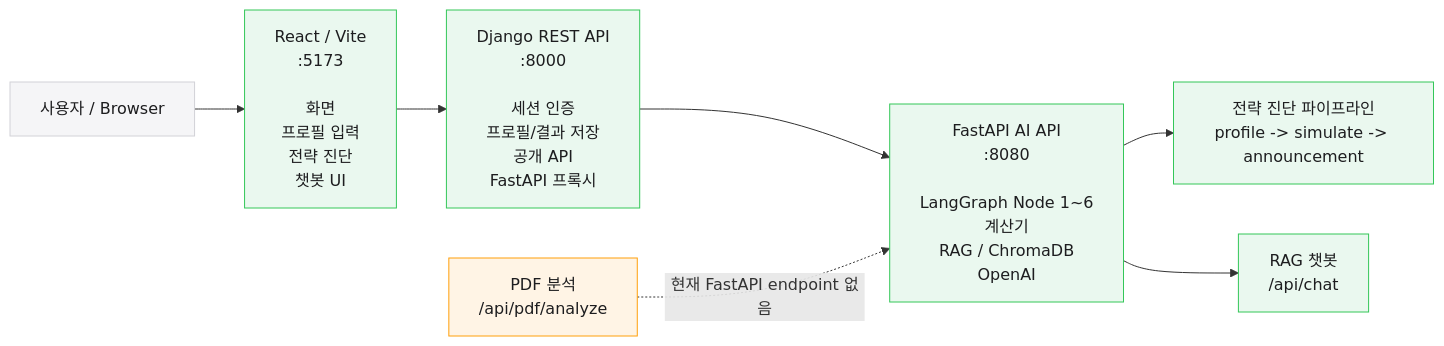
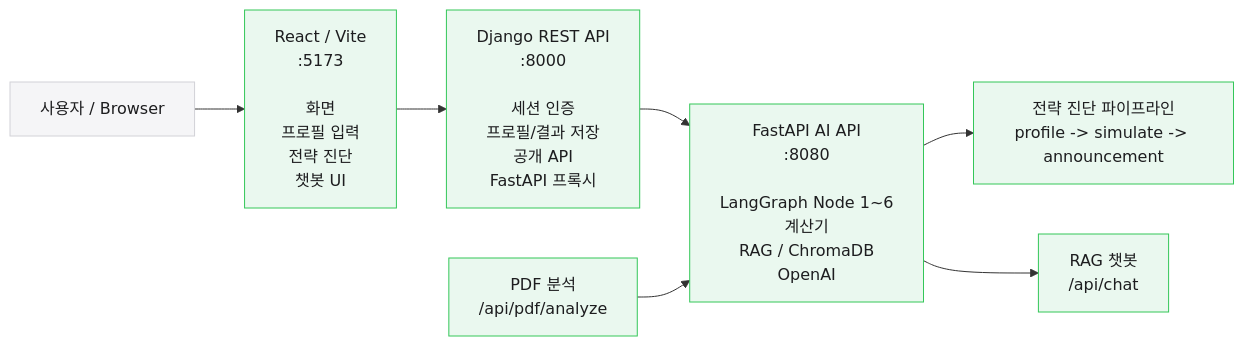
One commit to ldy-99/SKN29-3rd-3team changed the first of 2 diagrams in docs/CURRENT_STATUS.md. Above: the diagram before and after it, drawn with Mermaid. The commit also changed other lines of this file and 21 other files, not shown here.

Commit message:
Add PDF analysis flow and RAG fallback handling

````diff
--- a/docs/CURRENT_STATUS.md
+++ b/docs/CURRENT_STATUS.md
@@ -28,18 +28,17 @@
 ```mermaid
 flowchart LR
     user["사용자 / Browser"] --> react["React / Vite<br/>:5173<br/><br/>화면<br/>프로필 입력<br/>전략 진단<br/>챗봇 UI"]
     react --> django["Django REST API<br/>:8000<br/><br/>세션 인증<br/>프로필/결과 저장<br/>공개 API<br/>FastAPI 프록시"]
     django --> fastapi["FastAPI AI API<br/>:8080<br/><br/>LangGraph Node 1~6<br/>계산기<br/>RAG / ChromaDB<br/>OpenAI"]
 
     fastapi --> pipeline["전략 진단 파이프라인<br/>profile -> simulate -> announcement"]
     fastapi --> rag["RAG 챗봇<br/>/api/chat"]
 
-    pdf["PDF 분석<br/>/api/pdf/analyze"] -. "현재 FastAPI endpoint 없음" .-> fastapi
+    pdf["PDF 분석<br/>/api/pdf/analyze"] --> fastapi
 
     classDef ok fill:#EAF8EF,stroke:#34C759,color:#1D1D1F,stroke-width:1px;
     classDef warn fill:#FFF4E5,stroke:#FF9F0A,color:#1D1D1F,stroke-width:1px;
     classDef base fill:#F5F5F7,stroke:#D2D2D7,color:#1D1D1F,stroke-width:1px;
-    class react,django,fastapi,pipeline,rag ok;
+    class react,django,fastapi,pipeline,rag,pdf ok;
     class user base;
-    class pdf warn;
 ```
````
